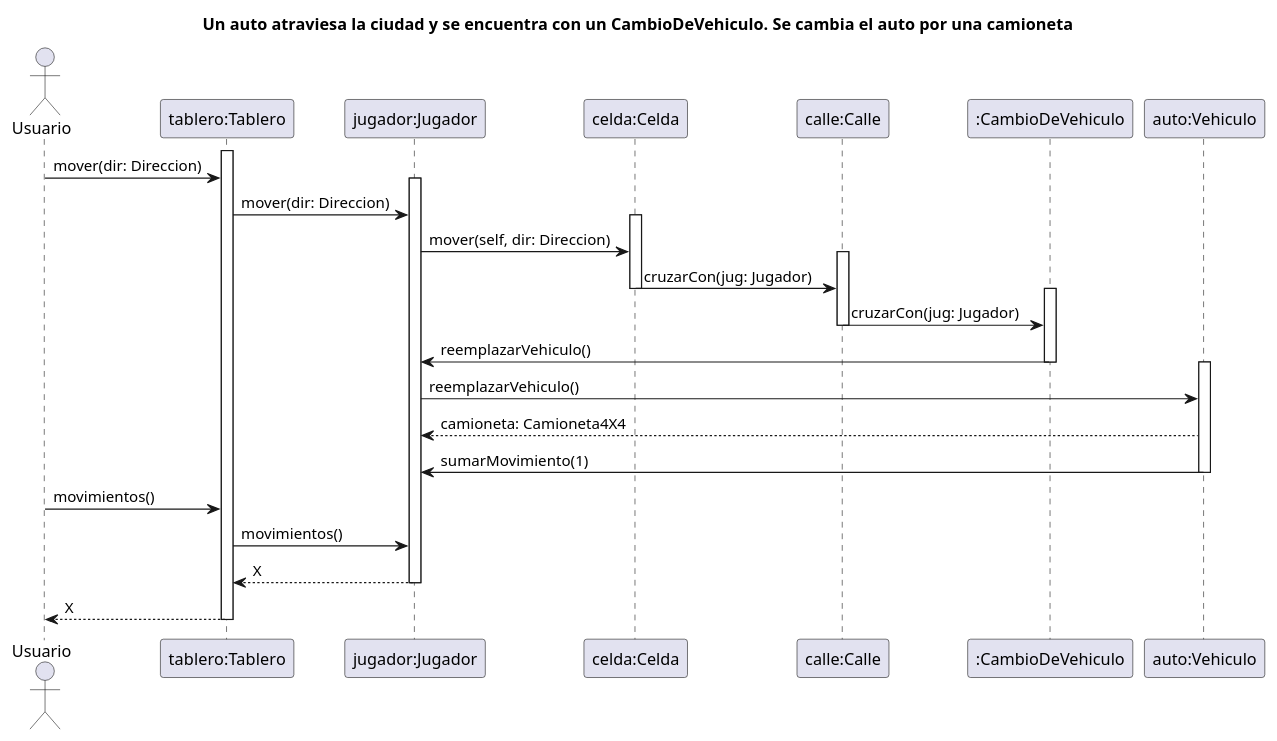
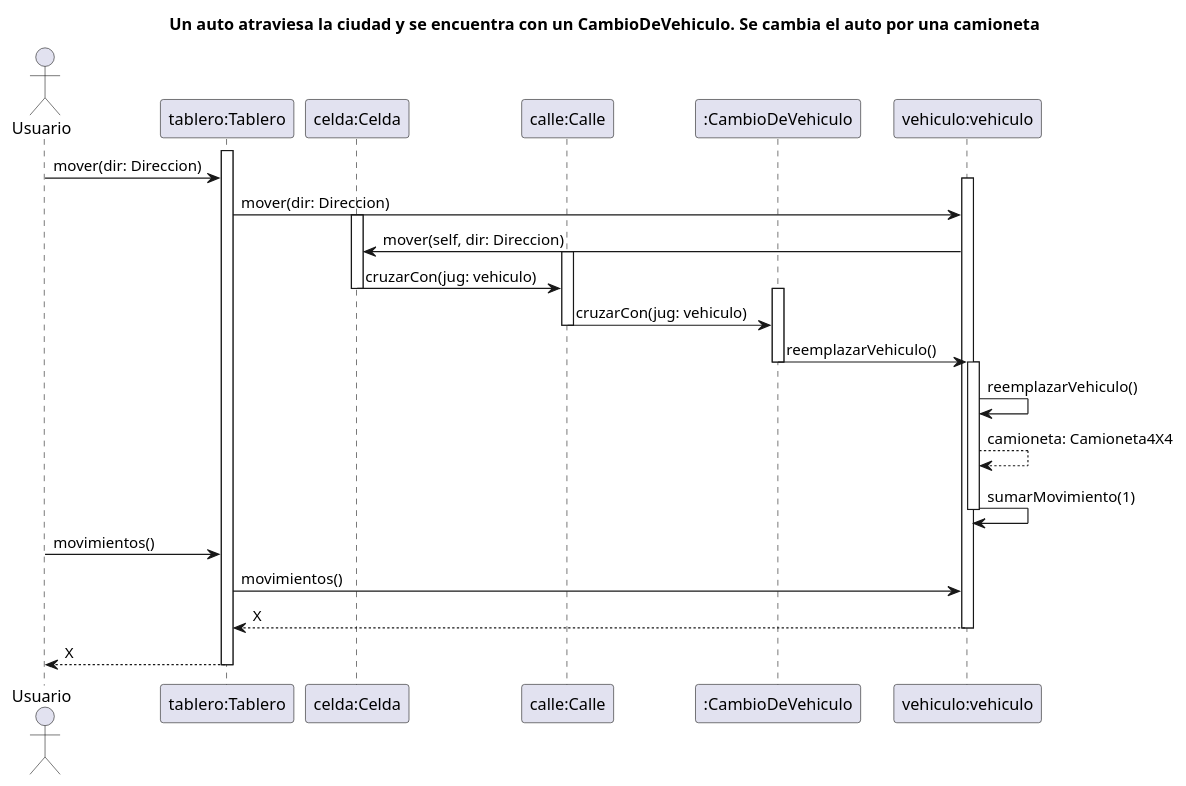
The diagram in diagrams/sequences/SecuenciaAutoCambiaVehiculo/SecuenciaAutoCambiaVehiculo.puml (tomasayala/algo3_tp2_1C2022), drawn with PlantUML before and after one commit. The commit also changed 44 other files, not shown here.

```diff
--- a/diagrams/sequences/SecuenciaAutoCambiaVehiculo/SecuenciaAutoCambiaVehiculo.puml
+++ b/diagrams/sequences/SecuenciaAutoCambiaVehiculo/SecuenciaAutoCambiaVehiculo.puml
@@ -1,64 +1,64 @@
  @startuml SecuenciaAutoCambiaVehiculo
 ' Caso de uso 
 ' Un auto atraviesa la ciudad y se encuentra con un CambioDeVehiculo. Se cambia el auto.por una camioneta.
 
 title Un auto atraviesa la ciudad y se encuentra con un CambioDeVehiculo. Se cambia el auto por una camioneta
 
 Actor Usuario as user
 participant "tablero:Tablero" as tablero
-participant "jugador:Jugador" as jugador
+participant "vehiculo:vehiculo" as vehiculo
 participant "celda:Celda" as celda
 participant "calle:Calle" as calle
 participant ":CambioDeVehiculo" as cambioDeVehiculo
 participant "auto:Vehiculo" as vehiculo
 
 activate tablero
 
 user -> tablero: mover(dir: Direccion)
 
-activate jugador
+activate vehiculo
 
-tablero -> jugador: mover(dir: Direccion)
+tablero -> vehiculo: mover(dir: Direccion)
 
 activate celda
 
-jugador -> celda: mover(self, dir: Direccion)
+vehiculo -> celda: mover(self, dir: Direccion)
 
 activate calle
 
-celda -> calle: cruzarCon(jug: Jugador)
+celda -> calle: cruzarCon(jug: vehiculo)
 
 deactivate celda
 
 activate cambioDeVehiculo
 
-calle -> cambioDeVehiculo: cruzarCon(jug: Jugador)
+calle -> cambioDeVehiculo: cruzarCon(jug: vehiculo)
 
 deactivate calle
 
-cambioDeVehiculo -> jugador: reemplazarVehiculo()
+cambioDeVehiculo -> vehiculo: reemplazarVehiculo()
 
 deactivate cambioDeVehiculo
 activate vehiculo
 
-jugador -> vehiculo : reemplazarVehiculo()
+vehiculo -> vehiculo : reemplazarVehiculo()
 
-vehiculo --> jugador : camioneta: Camioneta4X4 
+vehiculo --> vehiculo : camioneta: Camioneta4X4 
 
-vehiculo -> jugador: sumarMovimiento(1)
+vehiculo -> vehiculo: sumarMovimiento(1)
 
 deactivate vehiculo
 
 deactivate celda
 
 user -> tablero: movimientos()
 
-tablero -> jugador: movimientos()
-jugador --> tablero: X 
-deactivate jugador
+tablero -> vehiculo: movimientos()
+vehiculo --> tablero: X 
+deactivate vehiculo
 
 tablero --> user: X
 
 deactivate tablero
 
 @enduml
```
